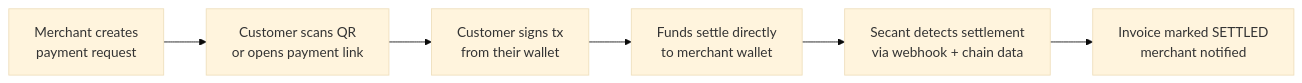
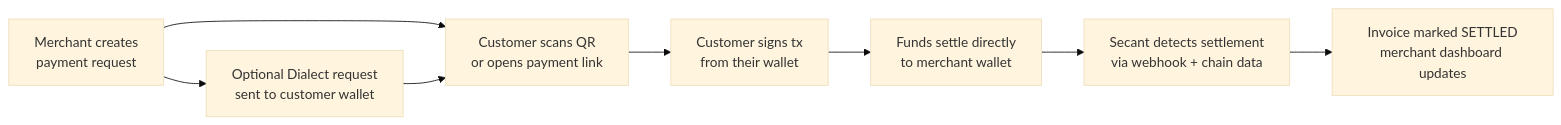
One commit to nagatejakachapuram/Secant-Pay-Docs changed the diagram in product-overview.md. Above: the diagram before and after it, drawn with Mermaid (base theme). The commit also changed other lines of this file and 25 other files, not shown here.

````diff
--- a/product-overview.md
+++ b/product-overview.md
@@ -31,8 +31,10 @@
 ```mermaid
 flowchart LR
   A["Merchant creates\npayment request"] --> B["Customer scans QR\nor opens payment link"]
+  A --> N["Optional Dialect request\nsent to customer wallet"]
+  N --> B
   B --> C["Customer signs tx\nfrom their wallet"]
   C --> D["Funds settle directly\nto merchant wallet"]
   D --> E["Secant detects settlement\nvia webhook + chain data"]
-  E --> F["Invoice marked SETTLED\nmerchant notified"]
+  E --> F["Invoice marked SETTLED\nmerchant dashboard updates"]
 ```
````
